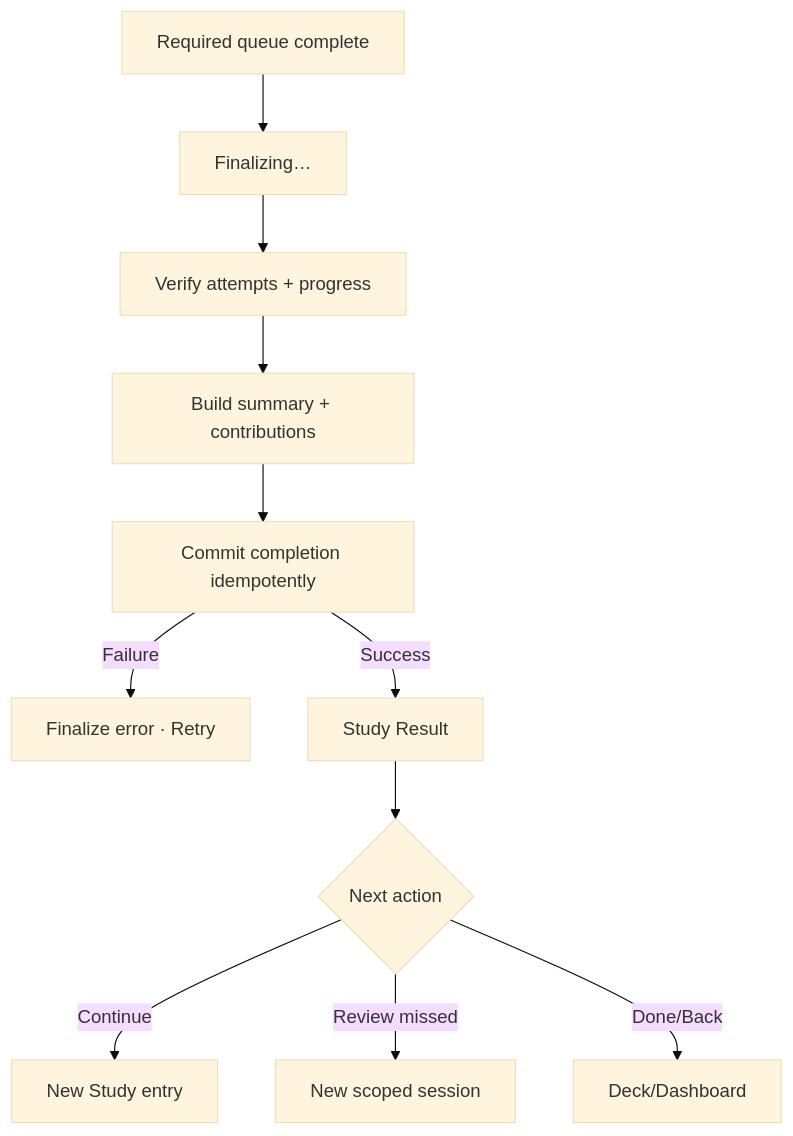
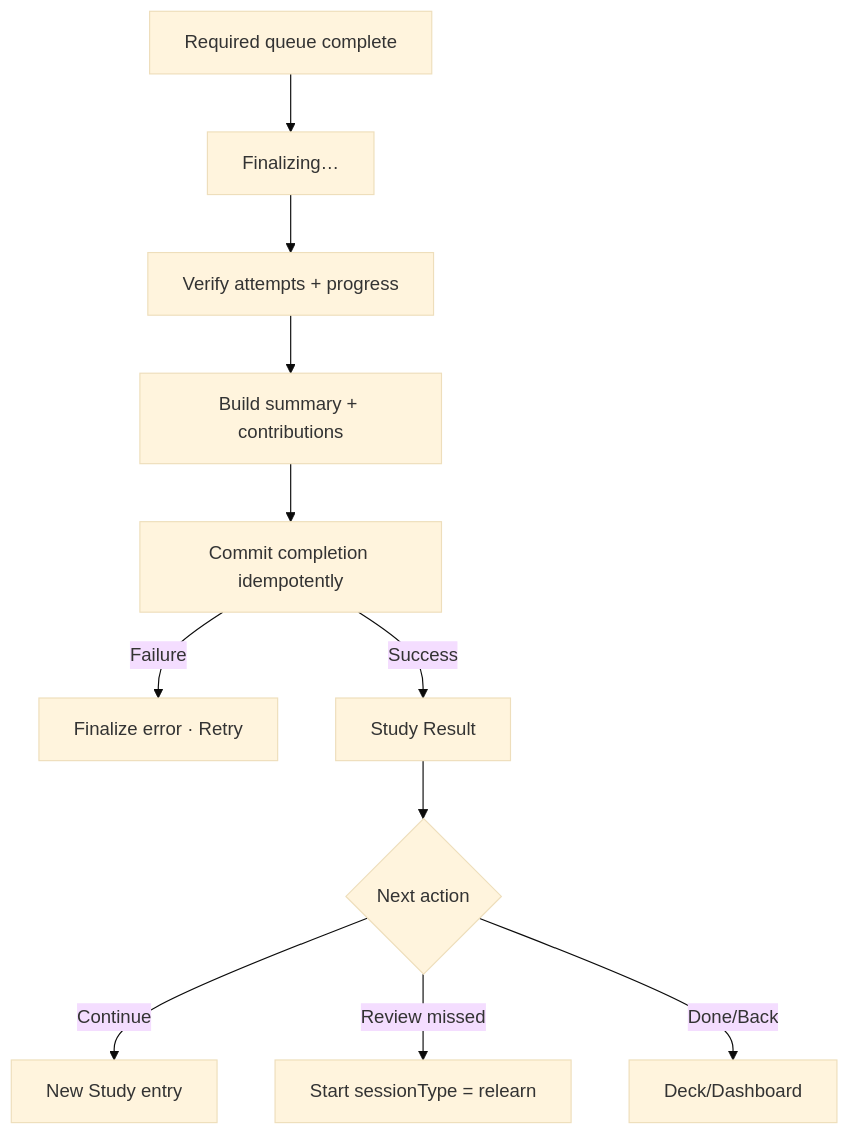
One commit to ntgptit/memox-v6 changed the diagram in docs/business/study-session/finalize-study-session.md. Above: the diagram before and after it, drawn with Mermaid (base theme). The commit also changed other lines of this file and 124 other files, not shown here.

````diff
--- a/docs/business/study-session/finalize-study-session.md
+++ b/docs/business/study-session/finalize-study-session.md
@@ -24,13 +26,13 @@
 ```mermaid
 flowchart TD
     A["Required queue complete"] --> B["Finalizing…"]
     B --> C["Verify attempts + progress"]
     C --> D["Build summary + contributions"]
     D --> E["Commit completion idempotently"]
     E -- "Failure" --> F["Finalize error · Retry"]
     E -- "Success" --> G["Study Result"]
     G --> H{"Next action"}
     H -- "Continue" --> I["New Study entry"]
-    H -- "Review missed" --> J["New scoped session"]
+    H -- "Review missed" --> J["Start sessionType = relearn"]
     H -- "Done/Back" --> K["Deck/Dashboard"]
 ```
````
